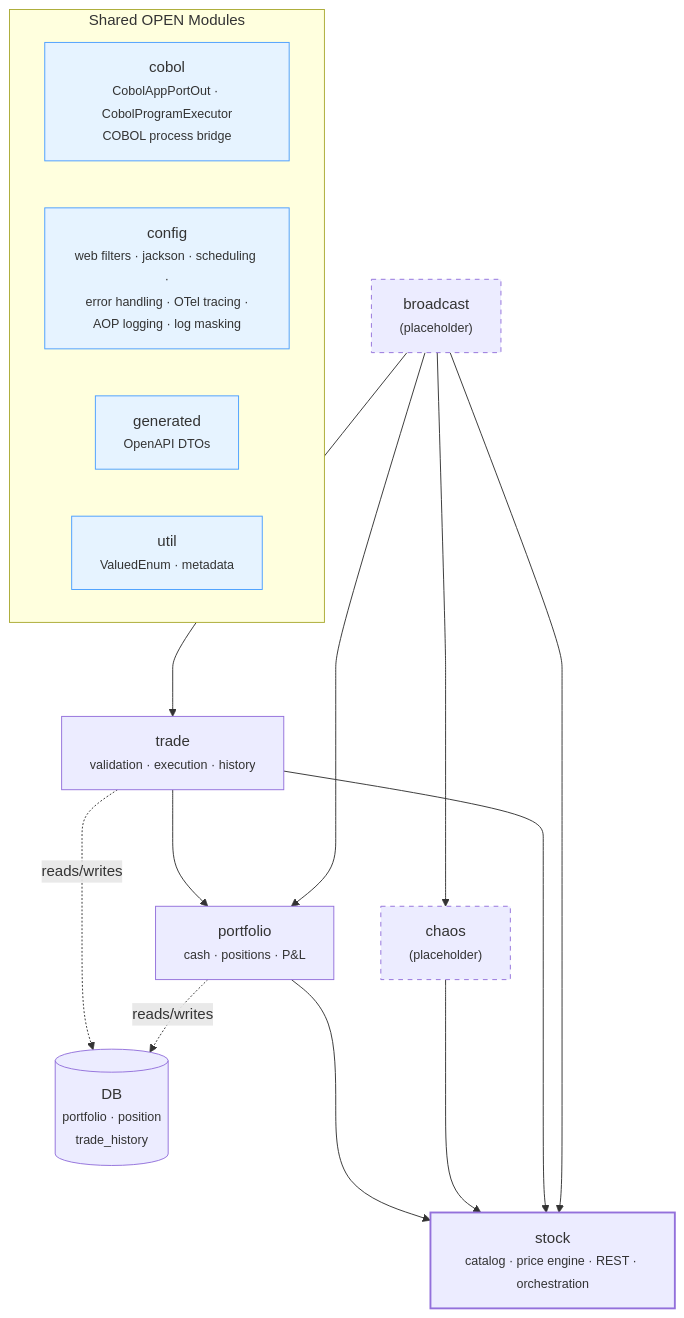
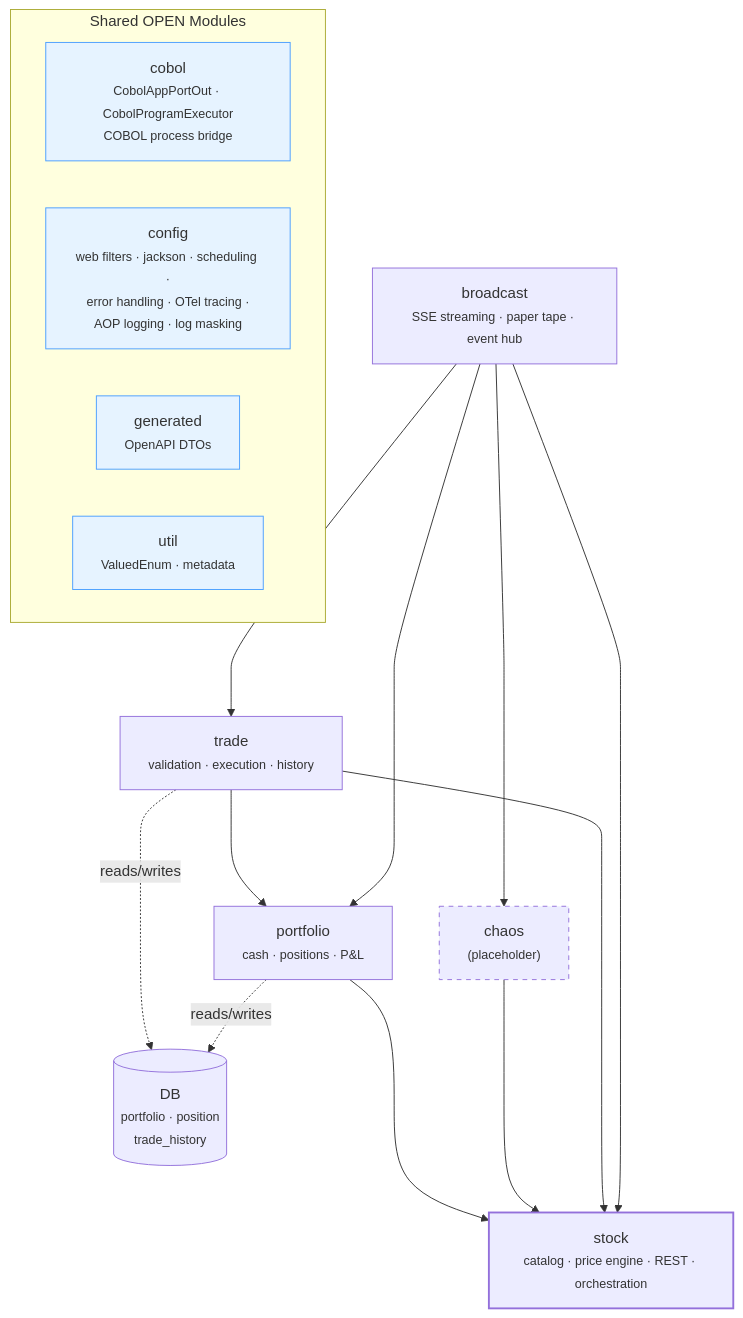
Before and after one commit to franBec/stonks-simulator: the first of 15 diagrams in stonks_java/README.md, drawn with Mermaid. The commit also changed other lines of this file and 24 other files, not shown here.

Commit message:
feat: implement broadcast module with SSE streaming and paper tape

````diff
--- a/stonks_java/README.md
+++ b/stonks_java/README.md
@@ -34,37 +34,36 @@
 ```mermaid
 graph TB
-    broadcast["broadcast<br/><small>(placeholder)</small>"]
+    broadcast["broadcast<br/><small>SSE streaming · paper tape · event hub</small>"]
     stock["stock<br/><small>catalog · price engine · REST · orchestration</small>"]
     trade["trade<br/><small>validation · execution · history</small>"]
     chaos["chaos<br/><small>(placeholder)</small>"]
     portfolio["portfolio<br/><small>cash · positions · P&L</small>"]
     db[("DB<br/><small>portfolio · position<br/>trade_history</small>")]
 
     subgraph OPEN ["Shared OPEN Modules"]
         cobol["cobol<br/><small>CobolAppPortOut · CobolProgramExecutor<br/>COBOL process bridge</small>"]
         config["config<br/><small>web filters · jackson · scheduling ·<br/>error handling · OTel tracing ·<br/>AOP logging · log masking</small>"]
         generated["generated<br/><small>OpenAPI DTOs</small>"]
         util["util<br/><small>ValuedEnum · metadata</small>"]
     end
 
     broadcast ---> stock
     broadcast ---> trade
     broadcast ---> chaos
     broadcast ---> portfolio
 
     trade ---> stock
     trade ---> portfolio
     chaos ---> stock
     portfolio ---> stock
 
     portfolio -.->|reads/writes| db
     trade -.->|reads/writes| db
 
     style stock stroke-width:2px
-    style broadcast stroke-dasharray: 5 5
     style chaos stroke-dasharray: 5 5
     style cobol fill:#e6f3ff,stroke:#4a9eff
     style config fill:#e6f3ff,stroke:#4a9eff
     style generated fill:#e6f3ff,stroke:#4a9eff
     style util fill:#e6f3ff,stroke:#4a9eff
 ```
````
